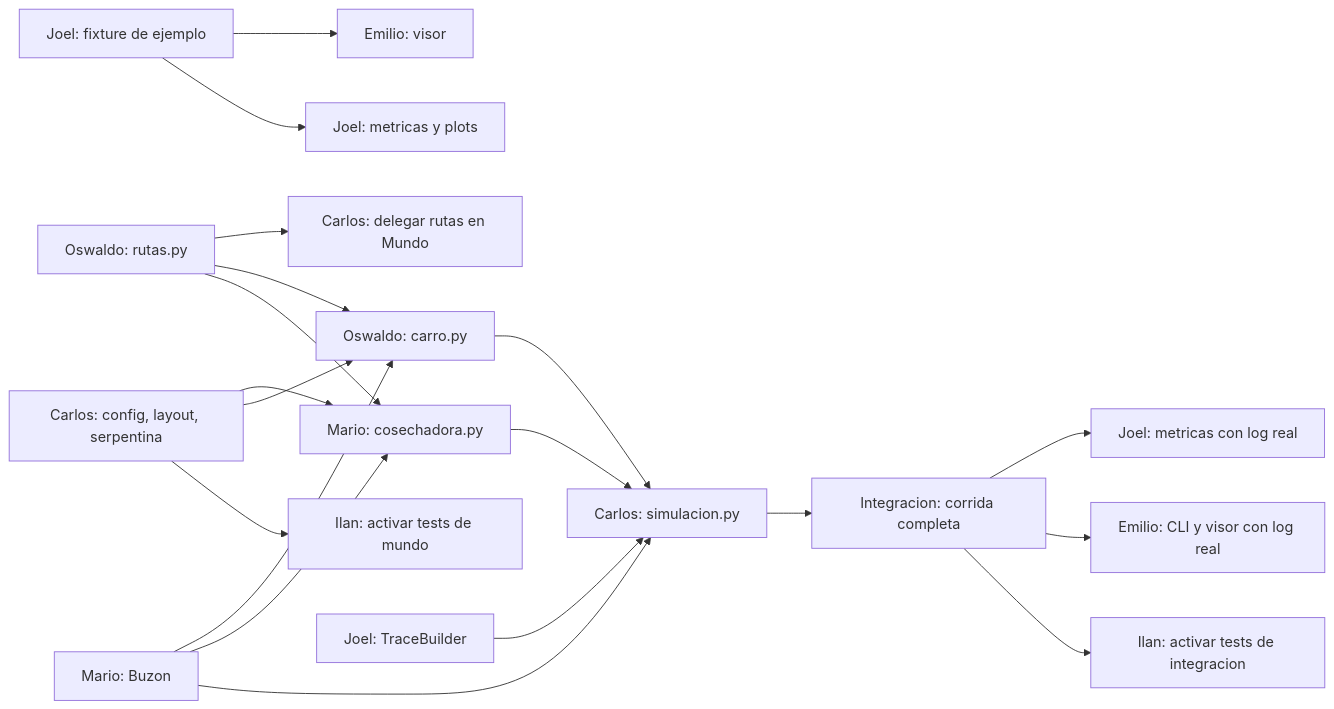
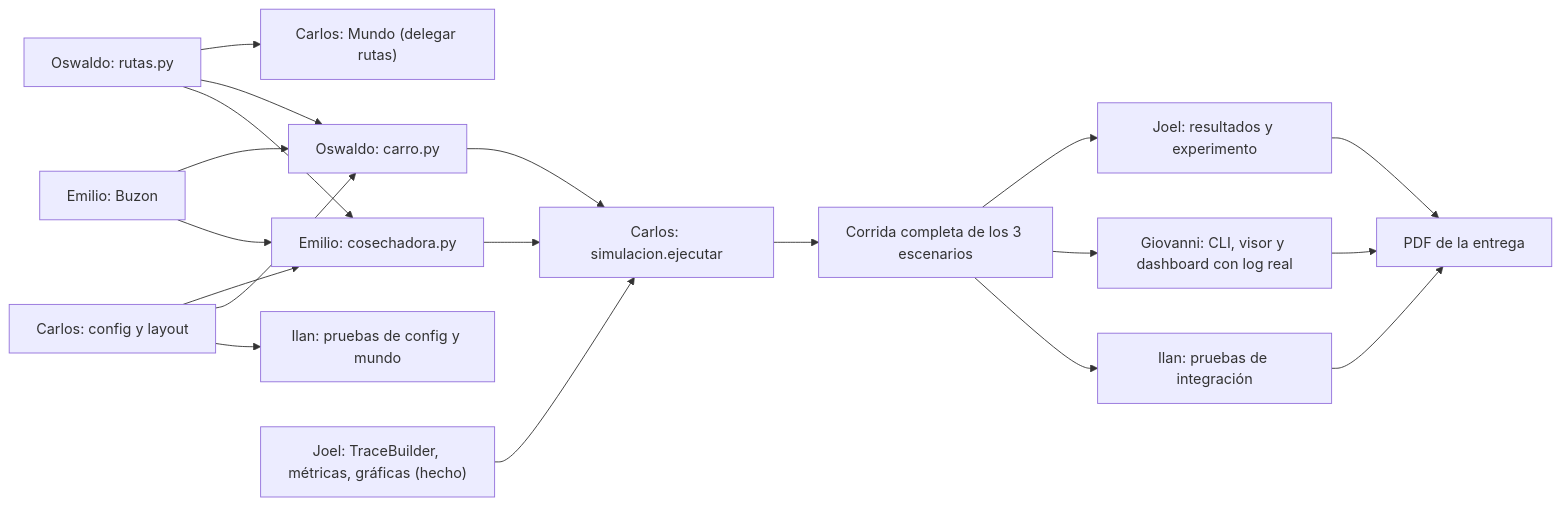
One commit to Carlos-EAC/temporary changed the first of 2 diagrams in docs/plan_de_trabajo.md. Above: the diagram before and after it, drawn with Mermaid. The commit also changed other lines of this file and 10 other files, not shown here.

````diff
--- a/docs/plan_de_trabajo.md
+++ b/docs/plan_de_trabajo.md
@@ -225,21 +63,21 @@
 ```mermaid
 flowchart LR
-  J1["Joel: fixture de ejemplo"] --> E1["Emilio: visor"]
-  J1 --> J3["Joel: metricas y plots"]
-  O1["Oswaldo: rutas.py"] --> C5["Carlos: delegar rutas en Mundo"]
+  O1["Oswaldo: rutas.py"] --> C2["Carlos: Mundo (delegar rutas)"]
   O1 --> O3["Oswaldo: carro.py"]
-  O1 --> M3["Mario: cosechadora.py"]
-  C2["Carlos: config, layout, serpentina"] --> M3
-  C2 --> O3
-  C2 --> I2["Ilan: activar tests de mundo"]
-  M1["Mario: Buzon"] --> O3
+  O1 --> M3["Emilio: cosechadora.py"]
+  C1["Carlos: config y layout"] --> M3
+  C1 --> O3
+  C1 --> I2["Ilan: pruebas de config y mundo"]
+  M1["Emilio: Buzon"] --> O3
   M1 --> M3
-  M1 --> C6["Carlos: simulacion.py"]
-  J2["Joel: TraceBuilder"] --> C6
-  M3 --> C6
+  M3 --> C6["Carlos: simulacion.ejecutar"]
   O3 --> C6
-  C6 --> INT["Integracion: corrida completa"]
-  INT --> J5["Joel: metricas con log real"]
-  INT --> E3["Emilio: CLI y visor con log real"]
-  INT --> I3["Ilan: activar tests de integracion"]
+  J["Joel: TraceBuilder, métricas, gráficas (hecho)"] --> C6
+  C6 --> INT["Corrida completa de los 3 escenarios"]
+  INT --> J5["Joel: resultados y experimento"]
+  INT --> G3["Giovanni: CLI, visor y dashboard con log real"]
+  INT --> I3["Ilan: pruebas de integración"]
+  J5 --> PDF["PDF de la entrega"]
+  G3 --> PDF
+  I3 --> PDF
 ```
````
